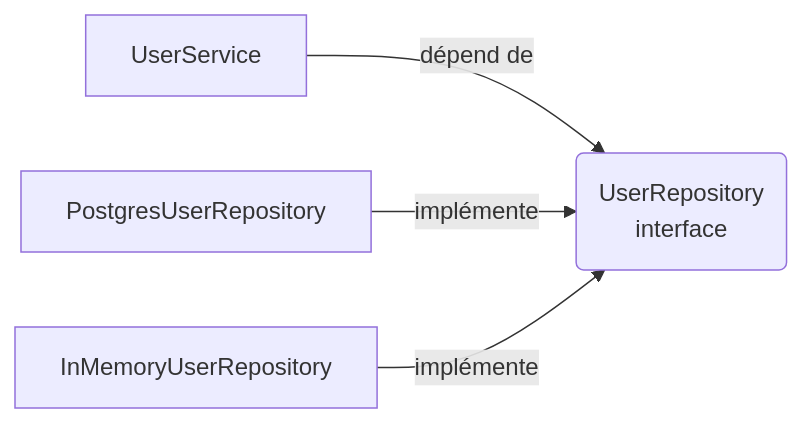
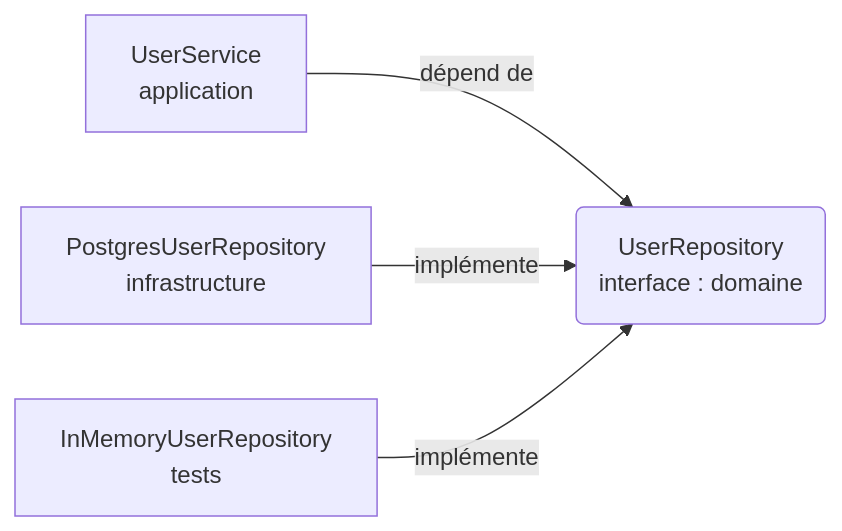
The sixth of 8 diagrams in README.md (tanguychenier/architecture-hexagonale), drawn with Mermaid before and after one commit. The commit also changed other lines of this file, not shown here.

````diff
--- a/README.md
+++ b/README.md
@@ -257,6 +523,6 @@
 ```mermaid
 flowchart LR
-    A[UserService] -- dépend de --> B(UserRepository<br/>interface)
-    C[PostgresUserRepository] -- implémente --> B
-    D[InMemoryUserRepository] -- implémente --> B
+    A[UserService<br/>application] -- dépend de --> B(UserRepository<br/>interface : domaine)
+    C[PostgresUserRepository<br/>infrastructure] -- implémente --> B
+    D[InMemoryUserRepository<br/>tests] -- implémente --> B
 ```
````
